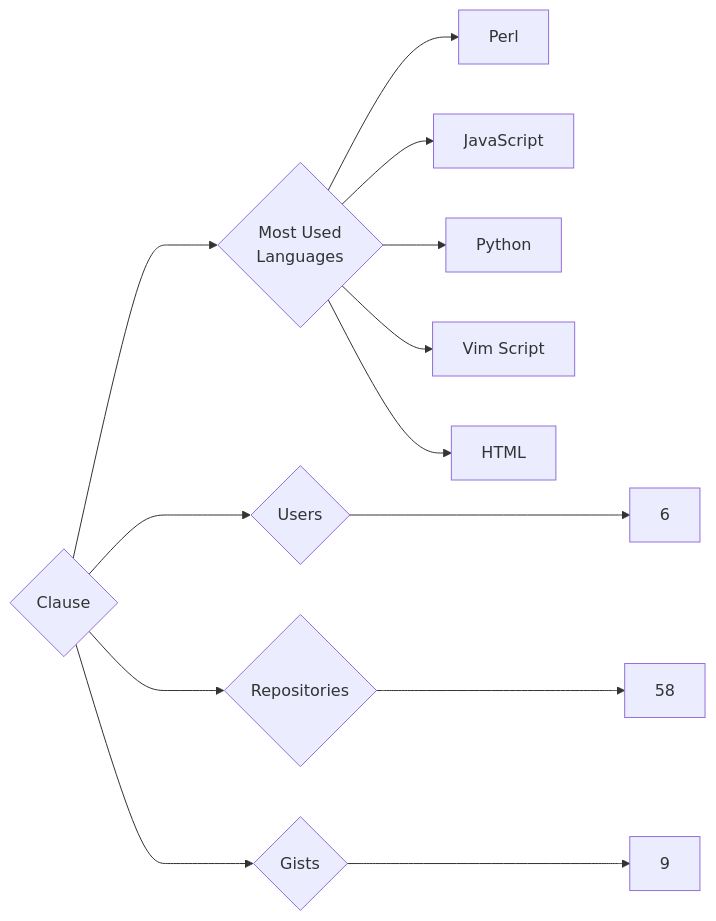
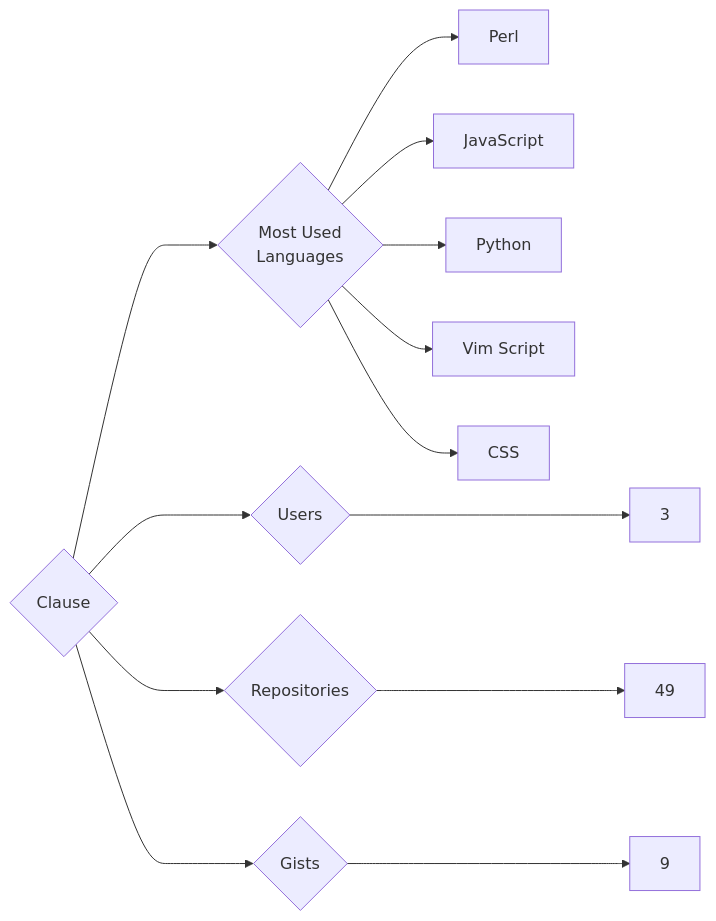
One commit to trickest/insiders changed the diagram in targets/Clause/README.md. Above: the diagram before and after it, drawn with Mermaid. The commit also changed 1088 other files, not shown here.

````diff
--- a/targets/Clause/README.md
+++ b/targets/Clause/README.md
@@ -3,13 +3,13 @@
 ```mermaid
 graph LR
 COMPANY_NAME{Clause}
-COMPANY_NAME ---> U{Users} ---> UN[6]
-COMPANY_NAME ---> R{Repositories} ---> RN[58]
+COMPANY_NAME ---> U{Users} ---> UN[3]
+COMPANY_NAME ---> R{Repositories} ---> RN[49]
 COMPANY_NAME ---> G{Gists} ---> GN[9]
 COMPANY_NAME ---> ML{Most Used<br>Languages}
 ML --> Perl[Perl]
 ML --> JavaScript[JavaScript]
 ML --> Python[Python]
 ML --> Vim_Script[Vim Script]
-ML --> HTML[HTML]
+ML --> CSS[CSS]
 ```
````
